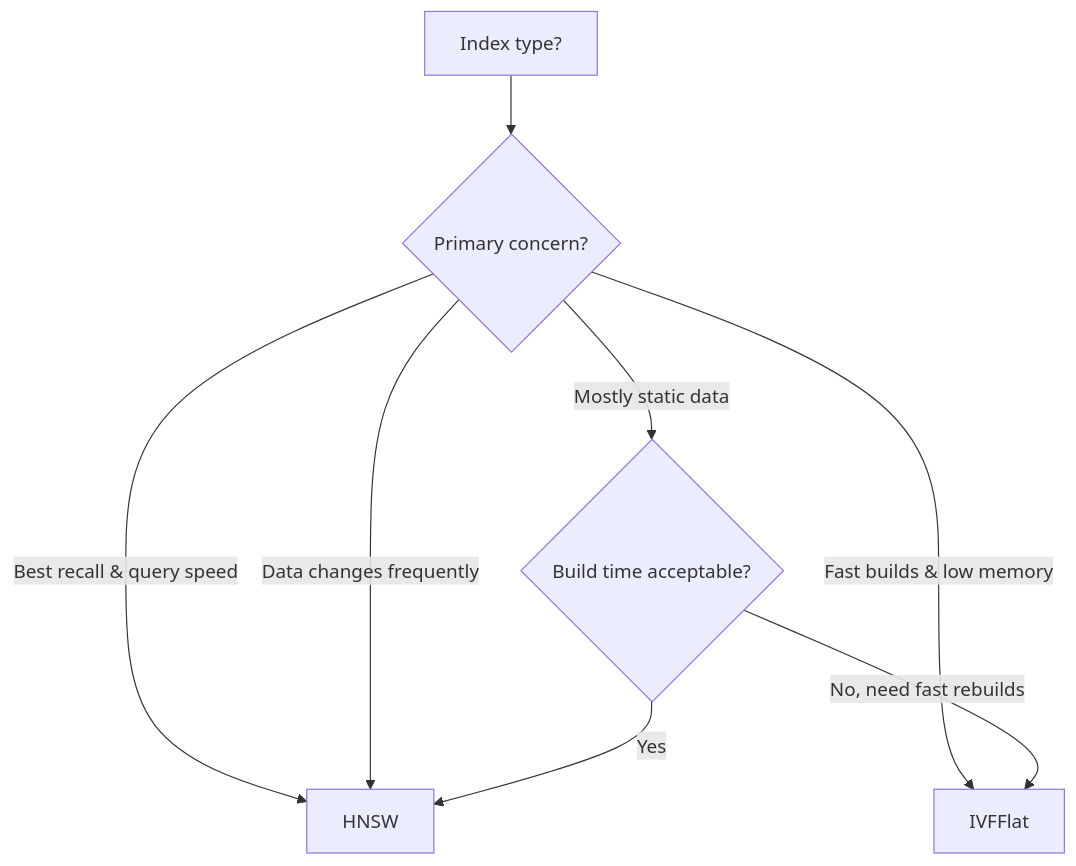
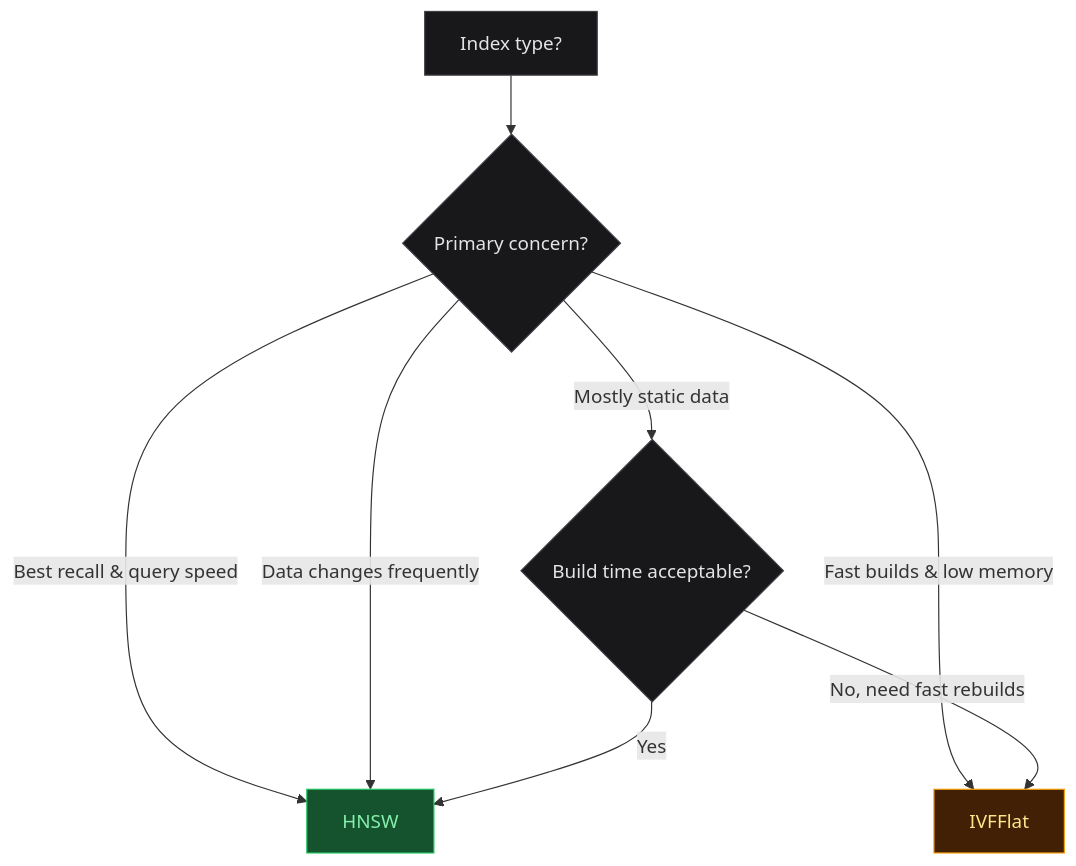
One commit to dventimisupabase/congenial-umbrella changed the third of 18 diagrams in pgvector-field-guide.md. Above: the diagram before and after it, drawn with Mermaid. The commit also changed other lines of this file, not shown here.

````diff
--- a/pgvector-field-guide.md
+++ b/pgvector-field-guide.md
@@ -58,10 +177,16 @@
 ```mermaid
 flowchart TD
-    A[Index type?] --> B{Primary concern?}
-    B -->|Best recall & query speed| C[HNSW]
-    B -->|Fast builds & low memory| D[IVFFlat]
-    B -->|Data changes frequently| C
-    B -->|Mostly static data| E{Build time acceptable?}
-    E -->|Yes| C
-    E -->|No, need fast rebuilds| D
+    A["Index type?"] --> B{"Primary concern?"}
+    B -->|"Best recall & query speed"| C["HNSW"]
+    B -->|"Fast builds & low memory"| D["IVFFlat"]
+    B -->|"Data changes frequently"| C
+    B -->|"Mostly static data"| E{"Build time acceptable?"}
+    E -->|"Yes"| C
+    E -->|"No, need fast rebuilds"| D
+
+    style C fill:#14532d,stroke:#22c55e,color:#86efac
+    style D fill:#422006,stroke:#f59e0b,color:#fde68a
+    style A fill:#18181b,stroke:#3f3f46,color:#e4e4e7
+    style B fill:#18181b,stroke:#3f3f46,color:#e4e4e7
+    style E fill:#18181b,stroke:#3f3f46,color:#e4e4e7
 ```
````
